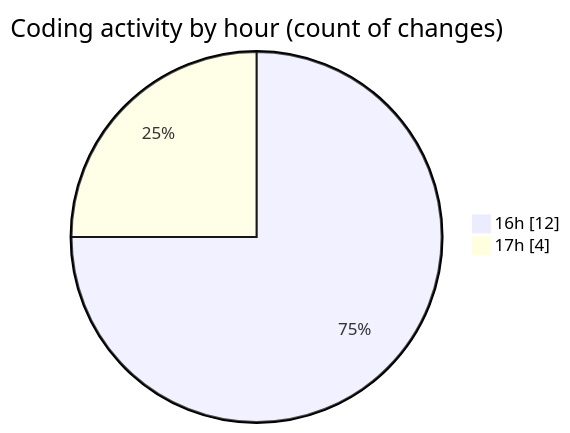
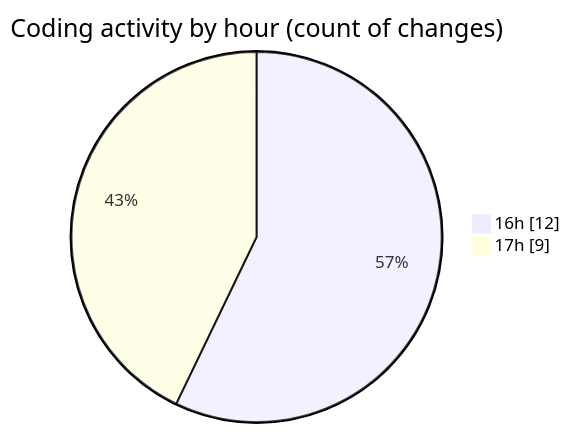
One commit to EIIisD/code-tracking changed the second of 2 diagrams in 2025-08-05/tw-server/README.md. Above: the diagram before and after it, drawn with Mermaid. The commit also changed other lines of this file and 1 other file, not shown here.

````diff
--- a/2025-08-05/tw-server/README.md
+++ b/2025-08-05/tw-server/README.md
@@ -37,6 +37,6 @@
 ```mermaid
 pie showData
 title Coding activity by hour (count of changes)
 "16h" : 12
-"17h" : 4
+"17h" : 9
 ```
````
